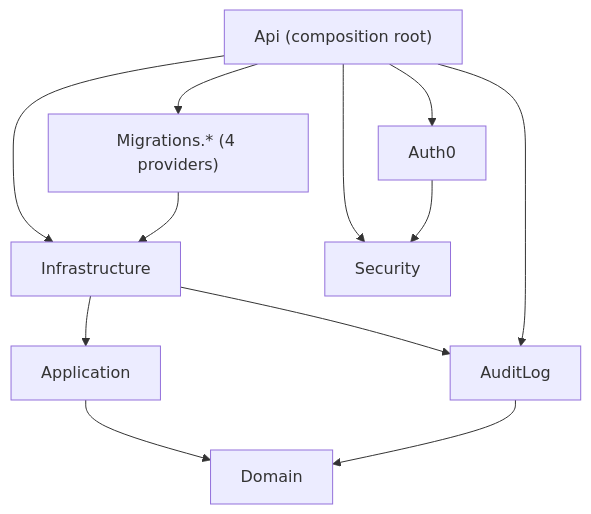
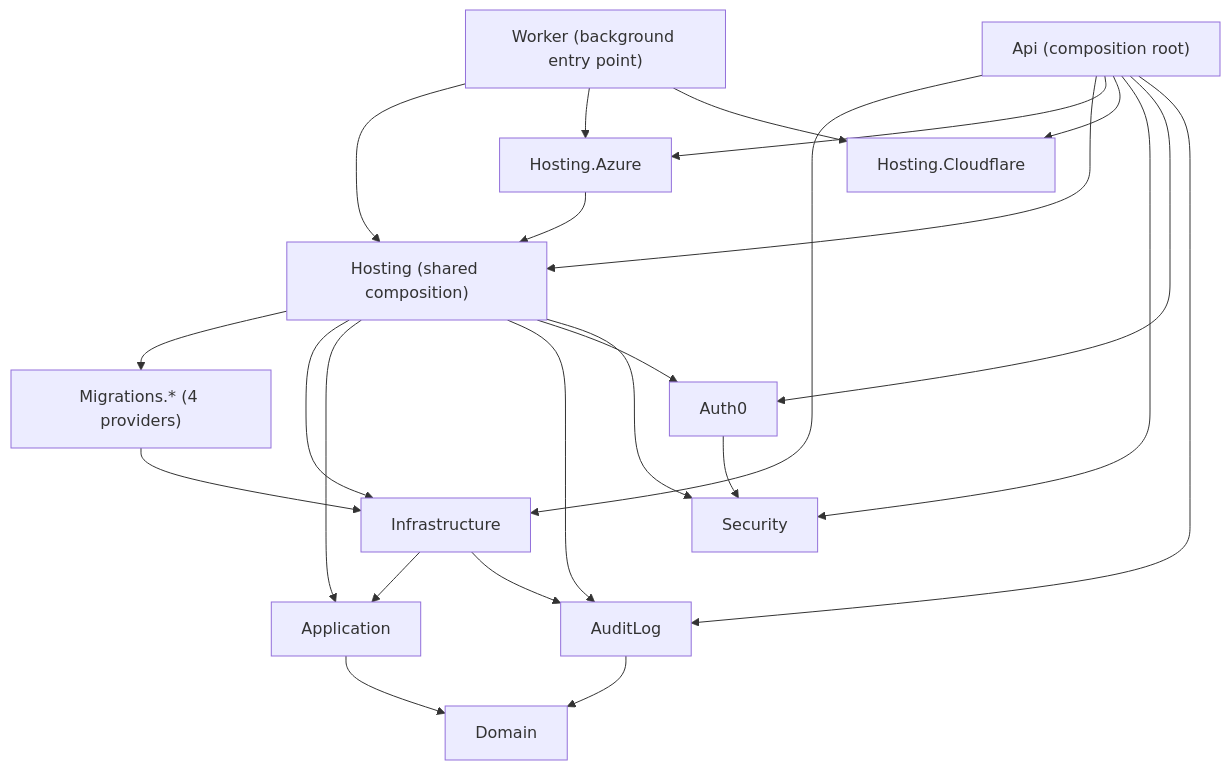
Before and after one commit to handballbelgium-referees/ref-test-management: the diagram in docs/PROJECT-STRUCTURE.md, drawn with Mermaid. The commit also changed other lines of this file and 97 other files, not shown here.

````diff
--- a/docs/PROJECT-STRUCTURE.md
+++ b/docs/PROJECT-STRUCTURE.md
@@ -53,14 +58,26 @@
 ```mermaid
 flowchart TB
     Api["Api (composition root)"] --> Infrastructure
-    Api --> Migrations["Migrations.* (4 providers)"]
+    Api --> Hosting["Hosting (shared composition)"]
+    Worker["Worker (background entry point)"] --> Hosting
+    Api --> AzureHosting["Hosting.Azure"]
+    Worker --> AzureHosting
+    Api --> CloudflareHosting["Hosting.Cloudflare"]
+    Worker --> CloudflareHosting
+    AzureHosting --> Hosting
+    Hosting --> Migrations["Migrations.* (4 providers)"]
+    Hosting --> Infrastructure
+    Hosting --> Application
+    Hosting --> AuditLog
+    Hosting --> Auth0
+    Hosting --> Security
     Api --> Security
     Api --> Auth0
     Api --> AuditLog
     Migrations --> Infrastructure
     Infrastructure --> Application
     Infrastructure --> AuditLog
     Application --> Domain
     AuditLog --> Domain
     Auth0 --> Security
 ```
````
